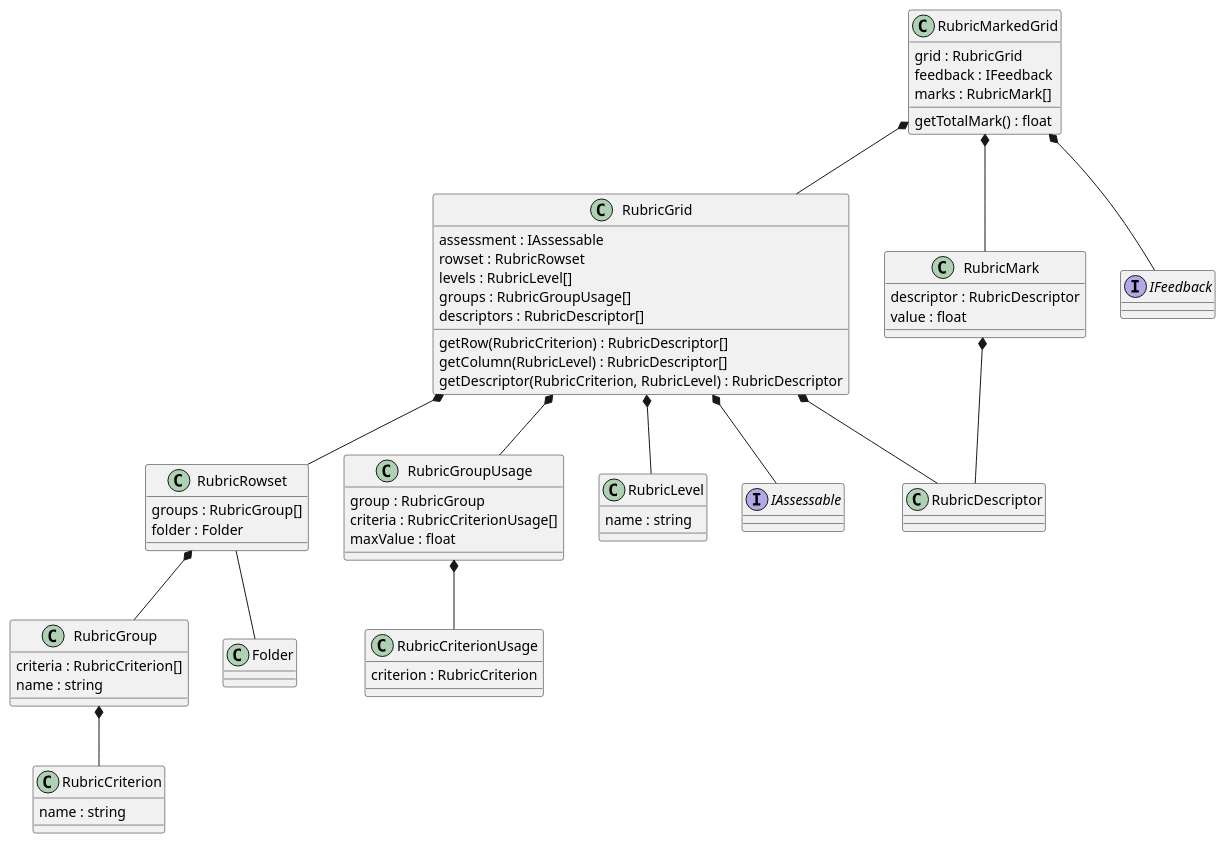
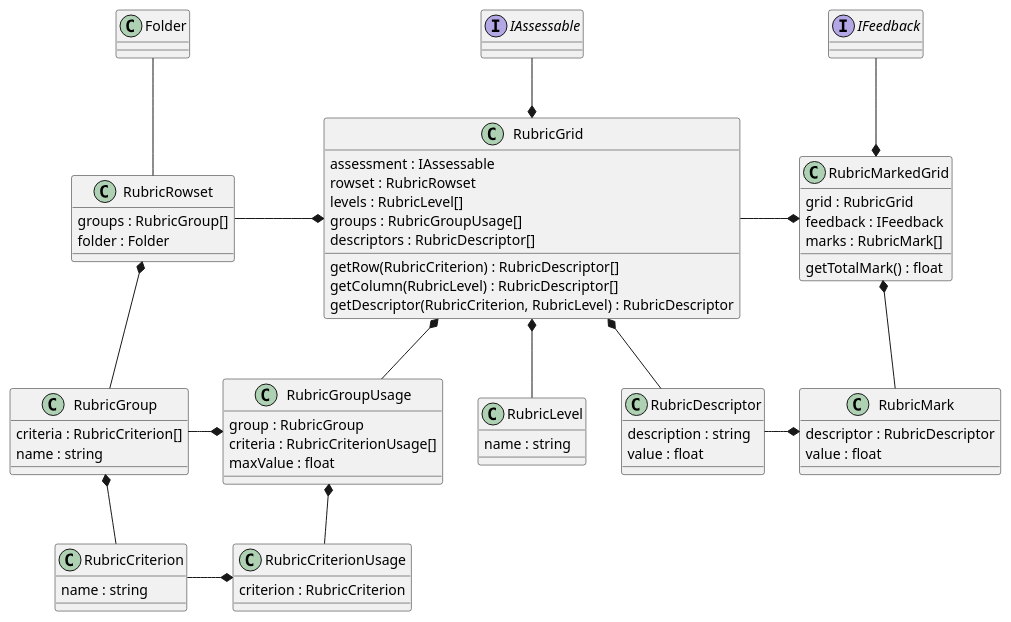
One commit to juliaattrevisan/schoolbox-api-docs changed the diagram in library/Schoolbox/Assessment/Component/SubmissionBox/Rubric/Rubric.plantuml. Above: the diagram before and after it, drawn with PlantUML.

Commit message:
Add RubricDescriptor fields, update ordering [SA-7281]

```diff
--- a/library/Schoolbox/Assessment/Component/SubmissionBox/Rubric/Rubric.plantuml
+++ b/library/Schoolbox/Assessment/Component/SubmissionBox/Rubric/Rubric.plantuml
@@ -1,72 +1,77 @@
 @startuml
 class RubricRowset {
     groups : RubricGroup[]
     folder : Folder
 }
 class RubricGroup {
     criteria : RubricCriterion[]
     name : string
 }
 class RubricCriterion {
     name : string
 }
 
-RubricRowset -- Folder
-
-RubricRowset *-- RubricGroup
-
-RubricGroup *-- RubricCriterion
+RubricRowset -u- Folder
+RubricRowset *-d- RubricGroup
+RubricGroup *-d- RubricCriterion
 
 class RubricGrid {
     assessment : IAssessable
     rowset : RubricRowset
     levels : RubricLevel[]
     groups : RubricGroupUsage[]
     descriptors : RubricDescriptor[]
     getRow(RubricCriterion) : RubricDescriptor[]
     getColumn(RubricLevel) : RubricDescriptor[]
     getDescriptor(RubricCriterion, RubricLevel) : RubricDescriptor
 }
 
 class RubricGroupUsage {
     group : RubricGroup
     criteria : RubricCriterionUsage[]
     maxValue : float
 }
 
 class RubricCriterionUsage {
     criterion : RubricCriterion
 }
 
 class RubricLevel {
     name : string
 }
 
 interface IAssessable
 
-RubricGrid *-- RubricRowset
-RubricGrid *-- IAssessable
-RubricGrid *-- RubricDescriptor
-RubricGrid *-- RubricGroupUsage
-RubricGroupUsage *-- RubricCriterionUsage
-RubricGrid *-- RubricLevel
+RubricGrid *-l- RubricRowset
+RubricGrid *-u- IAssessable
+RubricGrid *-d- RubricDescriptor
+RubricGrid *-d- RubricGroupUsage
+RubricGroupUsage *-l- RubricGroup
+RubricGroupUsage *-d- RubricCriterionUsage
+RubricCriterionUsage *-l- RubricCriterion
+RubricGrid *-d- RubricLevel
 
 class RubricMarkedGrid {
     grid : RubricGrid
     feedback : IFeedback
     marks : RubricMark[]
     getTotalMark() : float
 }
 
 class RubricMark {
     descriptor : RubricDescriptor
     value : float
 }
 
+class RubricDescriptor {
+    description : string
+    value : float
+}
+
 interface IFeedback
 
-RubricMarkedGrid *-- IFeedback
-RubricMarkedGrid *-- RubricMark
-RubricMarkedGrid *-- RubricGrid
-RubricMark *-- RubricDescriptor
+RubricMarkedGrid *-l- RubricGrid
+RubricMarkedGrid *-u- IFeedback
+RubricMarkedGrid *-d- RubricMark
+RubricMark *-l- RubricDescriptor
 @enduml
```
